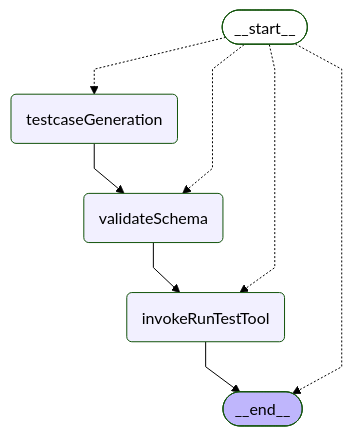
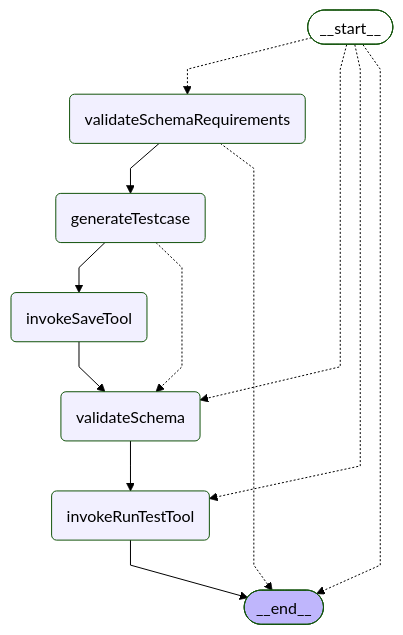
Before and after one commit to yzkee/liam: the fifth of 6 diagrams in frontend/internal-packages/agent/README.md, drawn with Mermaid (forest theme).

Commit message:
feat(agent): update main QA Agent Architecture to show testcaseGeneration internal components
- Expand main QA Agent Architecture Mermaid diagram to include validateSchemaRequirements, generateTestcase, invokeSaveTool as individual nodes
- Replace high-level testcaseGeneration node with detailed internal component flow
- Maintain proper flow connections: validateSchemaRequirements → generateTestcase → invokeSaveTool → validateSchema → invokeRunTestTool
- All tests pass and README synchronization verified
- Complete integration of testcaseGeneration components into main QA Agent documentation

````diff
--- a/frontend/internal-packages/agent/README.md
+++ b/frontend/internal-packages/agent/README.md
@@ -230,19 +230,25 @@
 ```mermaid
 %%{init: {'flowchart': {'curve': 'linear'}}}%%
 graph TD;
 	__start__([<p>__start__</p>]):::first
-	testcaseGeneration(testcaseGeneration)
+	validateSchemaRequirements(validateSchemaRequirements)
+	generateTestcase(generateTestcase)
+	invokeSaveTool(invokeSaveTool)
 	validateSchema(validateSchema)
 	invokeRunTestTool(invokeRunTestTool)
 	__end__([<p>__end__</p>]):::last
 	invokeRunTestTool --> __end__;
-	testcaseGeneration --> validateSchema;
+	validateSchemaRequirements --> generateTestcase;
+	generateTestcase --> invokeSaveTool;
+	invokeSaveTool --> validateSchema;
 	validateSchema --> invokeRunTestTool;
-	__start__ -.-> testcaseGeneration;
+	__start__ -.-> validateSchemaRequirements;
 	__start__ -.-> validateSchema;
 	__start__ -.-> invokeRunTestTool;
 	__start__ -.-> __end__;
+	generateTestcase -.-> validateSchema;
+	validateSchemaRequirements -.-> __end__;
 	classDef default fill:#f2f0ff,line-height:1.2;
 	classDef first fill-opacity:0;
 	classDef last fill:#bfb6fc;
 ```
````
